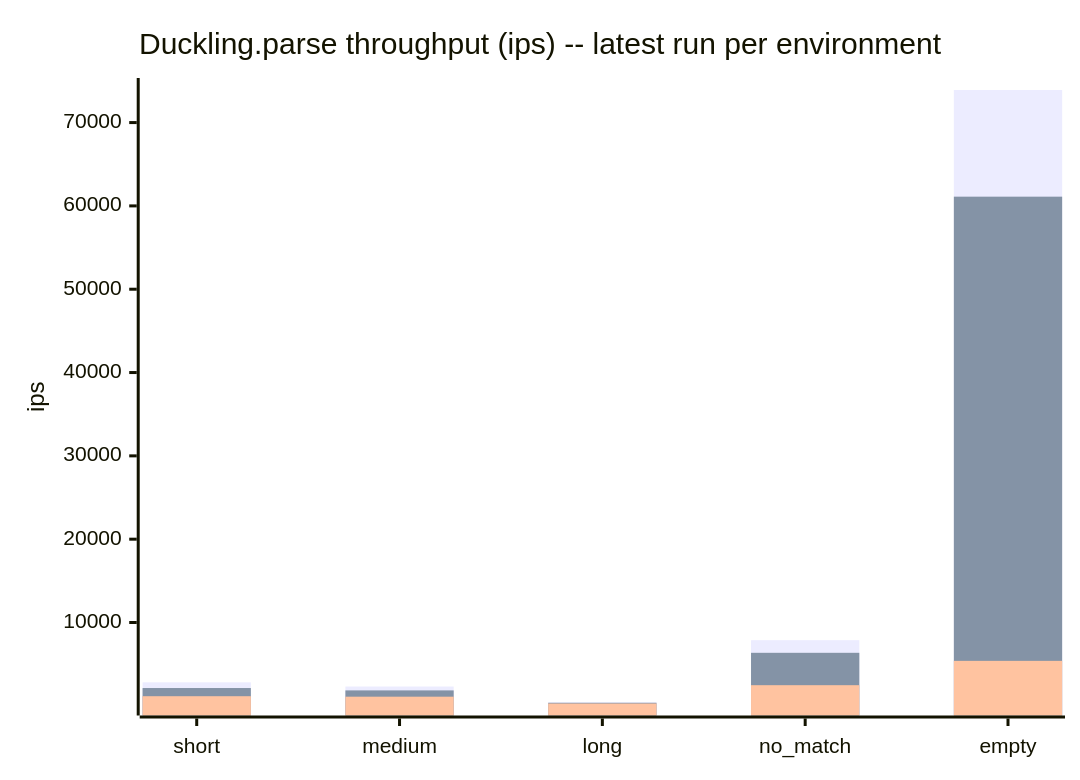
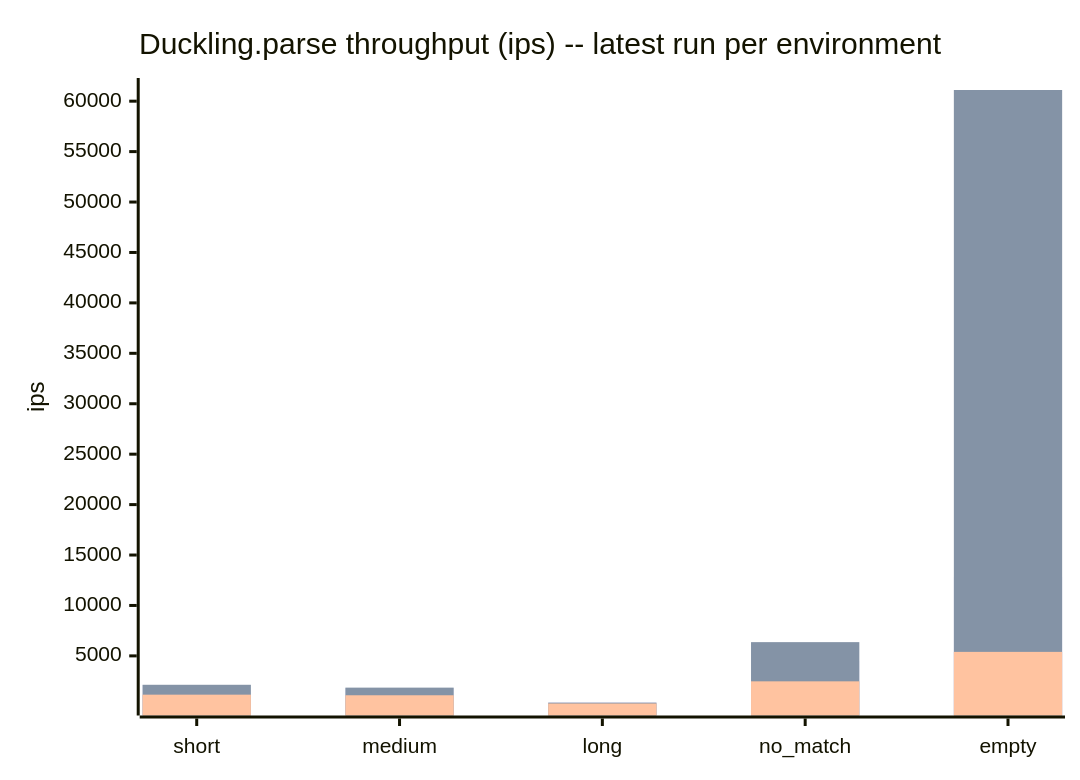
The third of 4 diagrams in docs/benchmarks/README.md (cpb/duckling), drawn with Mermaid before and after one commit. The commit also changed other lines of this file and 1 other file, not shown here.

Commit message:
Record github-actions benchmark for PR #50 (post-#64 dispatch schema) [benchmark-record]

````diff
--- a/docs/benchmarks/README.md
+++ b/docs/benchmarks/README.md
@@ -89,9 +111,9 @@
 ```mermaid
 xychart-beta
     title "Duckling.parse throughput (ips) -- latest run per environment"
     x-axis [short, medium, long, no_match, empty]
     y-axis "ips"
-    bar "github-actions" [2820.1, 2314.0, 421.7, 7877.8, 73909.9]
+    bar "github-actions" [2109.2, 1822.2, 395.1, 4491.6, 12840.3]
     bar "claude-code-web" [2135.1, 1852.3, 366.0, 6362.9, 61108.3]
     bar "local" [1154.4, 1095.9, 279.2, 2477.0, 5396.2]
 ```
````
